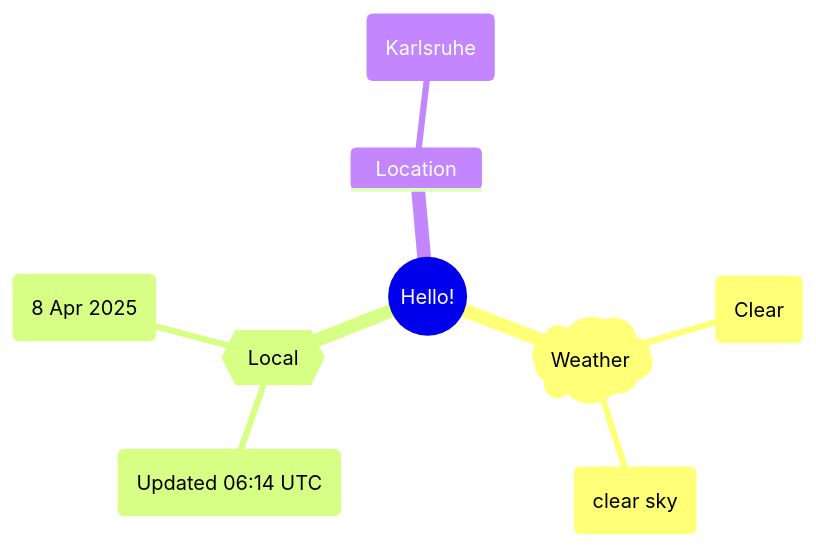
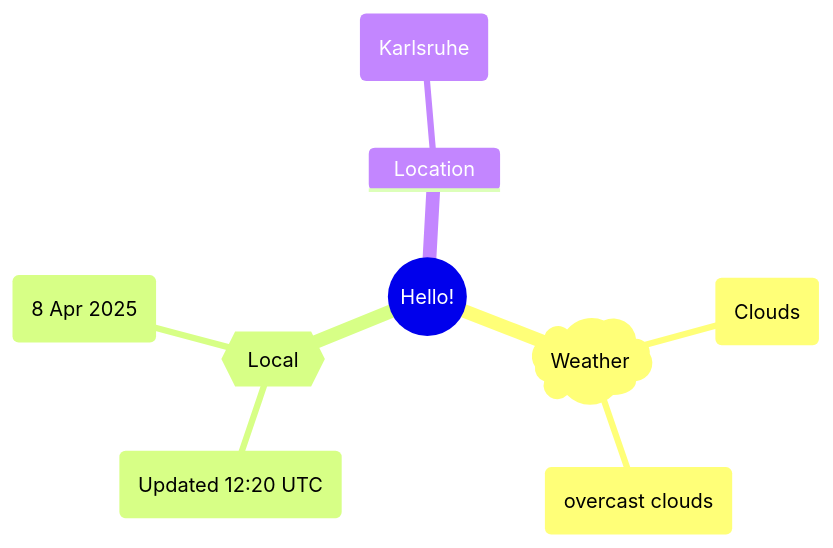
Before and after one commit to Xosrov/Xosrov: the first of 2 diagrams in README.md, drawn with Mermaid.

Commit message:
[bot] updated images

````diff
--- a/README.md
+++ b/README.md
@@ -3,12 +3,12 @@
 ```mermaid
 mindmap
   root((Hello!))
     )Weather(
-        (Clear)
-        (clear sky)
+        (Clouds)
+        (overcast clouds)
     {{Local}}
-        (Updated 06:14 UTC)
+        (Updated 12:20 UTC)
         (8 Apr 2025)
     Location
         (Karlsruhe)
 ```
````
